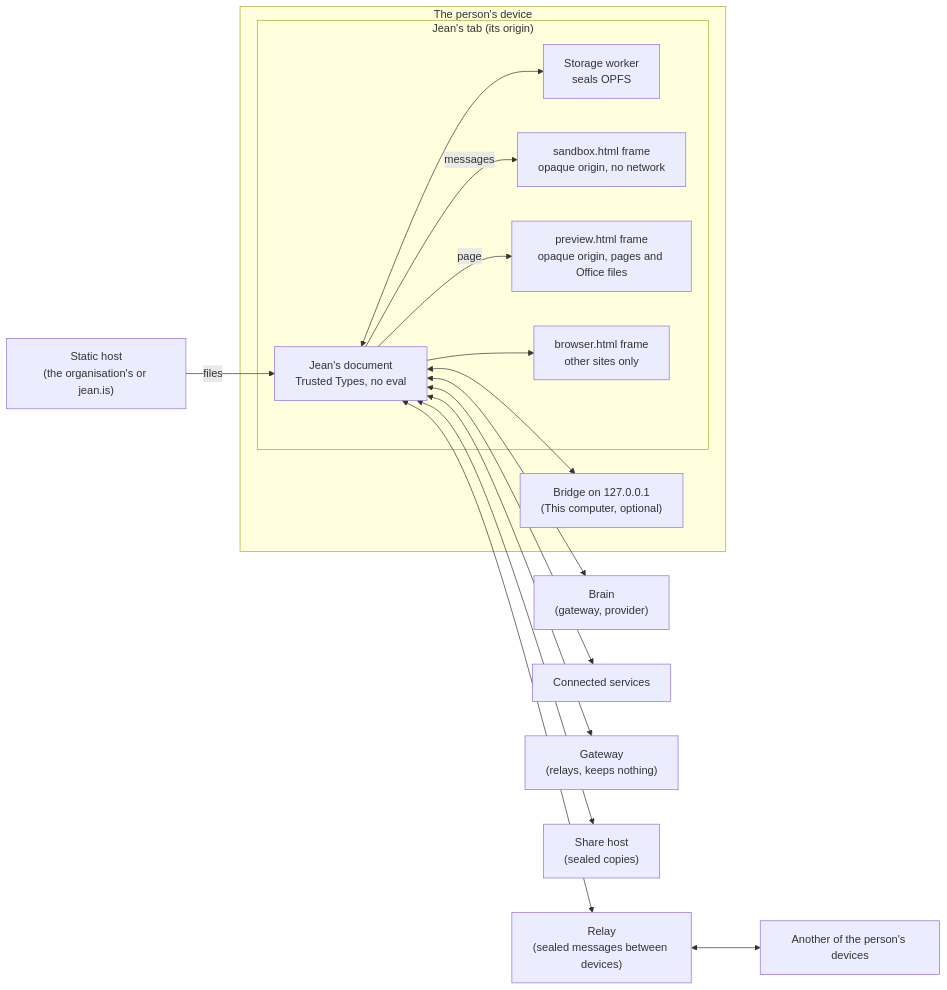
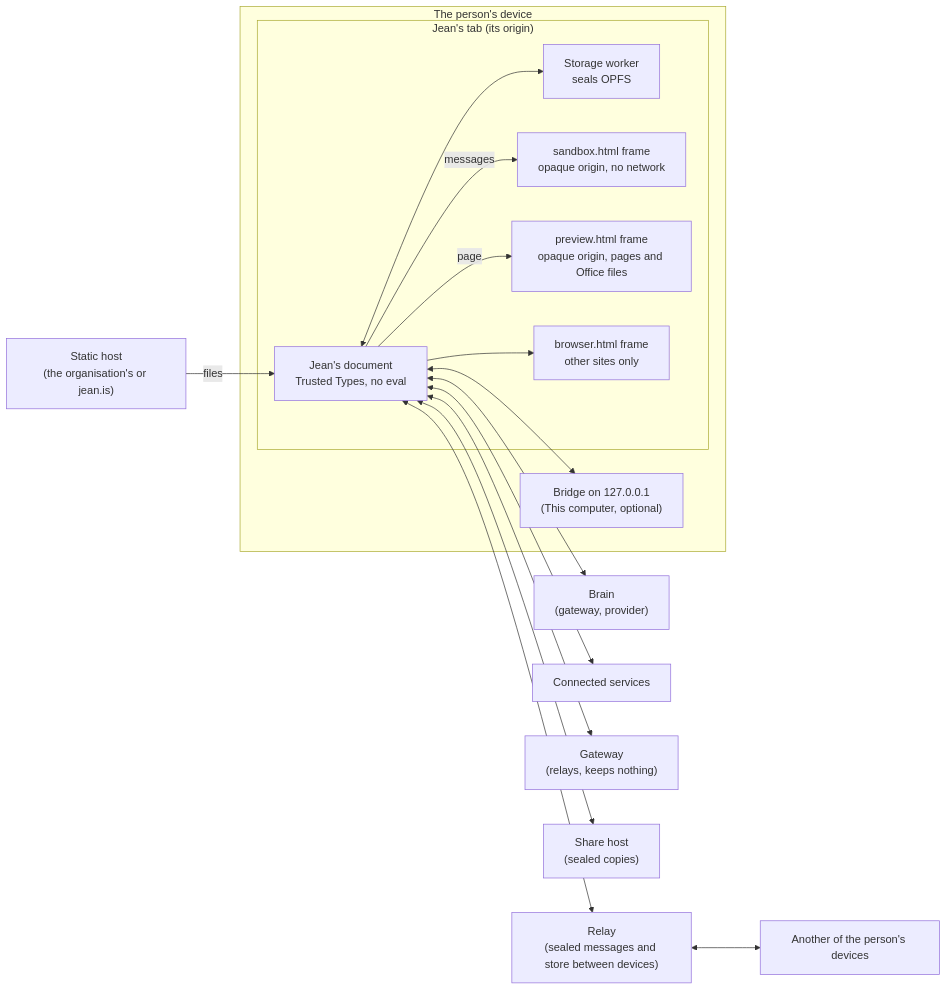
Before and after one commit to jean-is/jean: the diagram in docs/trust/threat-model.md, drawn with Mermaid. The commit also changed other lines of this file and 64 other files, not shown here.

````diff
--- a/docs/trust/threat-model.md
+++ b/docs/trust/threat-model.md
@@ -32,32 +32,32 @@
 ```mermaid
 flowchart LR
   subgraph Device["The person's device"]
     subgraph Tab["Jean's tab (its origin)"]
       Doc["Jean's document<br/>Trusted Types, no eval"]
       Store["Storage worker<br/>seals OPFS"]
       Sandbox["sandbox.html frame<br/>opaque origin, no network"]
       Preview["preview.html frame<br/>opaque origin, pages and Office files"]
       Pane["browser.html frame<br/>other sites only"]
     end
     Bridge["Bridge on 127.0.0.1<br/>(This computer, optional)"]
   end
   Host["Static host<br/>(the organisation's or jean.is)"]
   Brain["Brain<br/>(gateway, provider)"]
   MCP["Connected services"]
   Gateway["Gateway<br/>(relays, keeps nothing)"]
   Share["Share host<br/>(sealed copies)"]
-  Relay["Relay<br/>(sealed messages between devices)"]
+  Relay["Relay<br/>(sealed messages and store between devices)"]
   Other["Another of the person's devices"]
   Host -- files --> Doc
   Doc <--> Store
   Doc -- messages --> Sandbox
   Doc -- page --> Preview
   Doc --> Pane
   Doc <--> Brain
   Doc <--> MCP
   Doc <--> Gateway
   Doc <--> Share
   Doc <--> Relay
   Relay <--> Other
   Doc <--> Bridge
 ```
````
